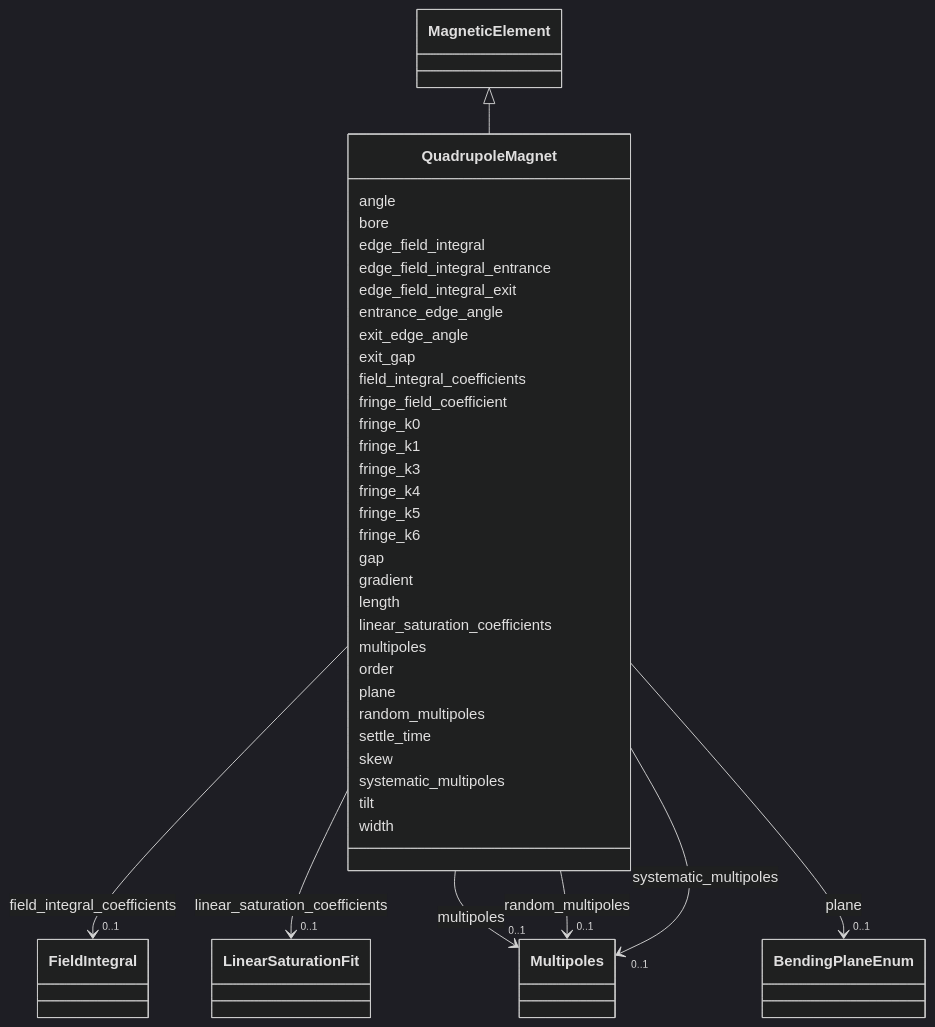
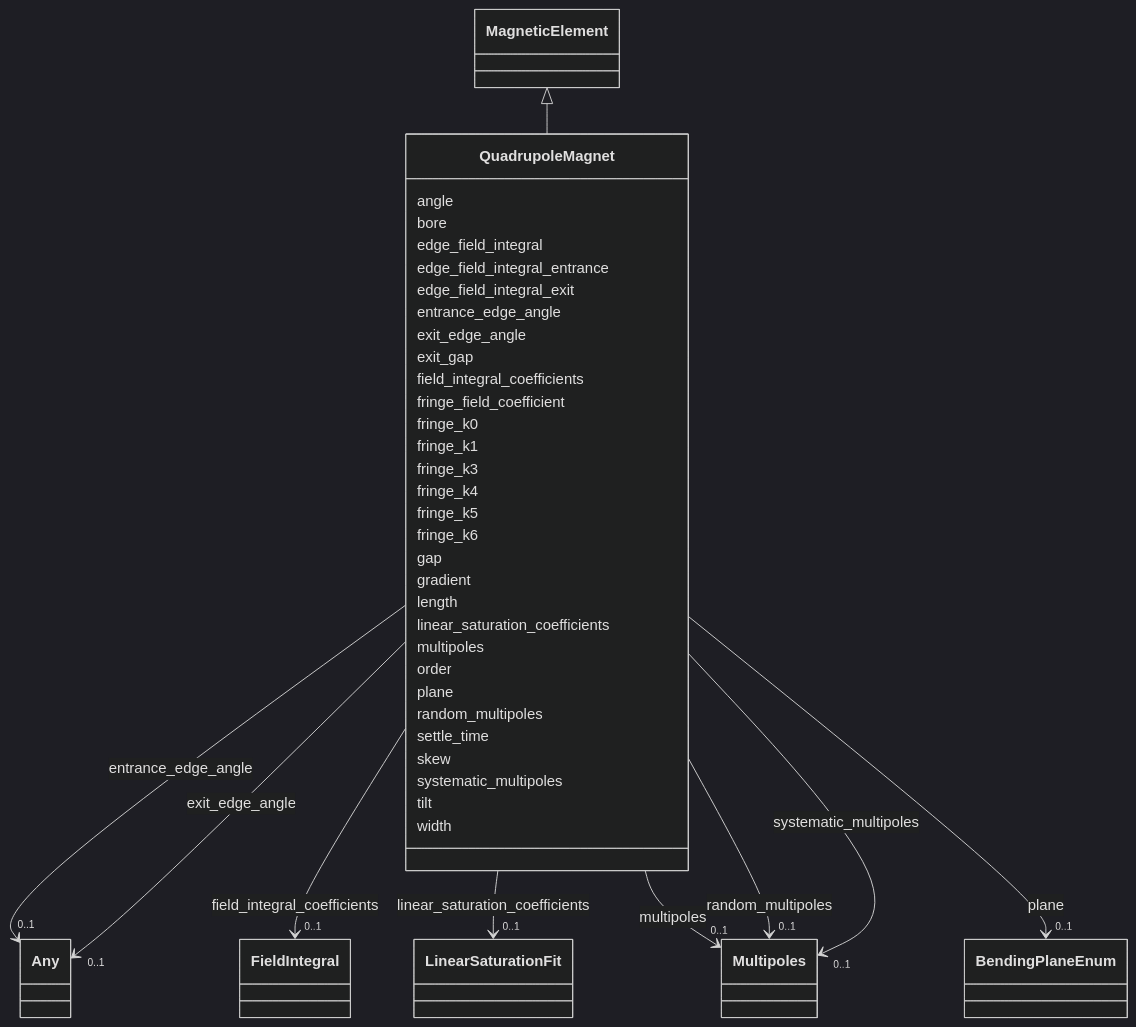
One commit to astec-stfc/laura changed the diagram in docs/source/schema/QuadrupoleMagnet.md. Above: the diagram before and after it, drawn with Mermaid (dark theme). The commit also changed other lines of this file and 101 other files, not shown here.

Commit message:
add Any type to schema since gen-pydantic can't apply a default and this helps to pass validation to multi-types vars; add inlined to elements/sections/layouts

```diff
--- a/docs/source/schema/QuadrupoleMagnet.md
+++ b/docs/source/schema/QuadrupoleMagnet.md
@@ -29,7 +29,25 @@
         
       QuadrupoleMagnet : entrance_edge_angle
         
+          
+    
+        
+        
+        QuadrupoleMagnet --> "0..1" Any : entrance_edge_angle
+        click Any href "../Any/"
+    
+
+        
       QuadrupoleMagnet : exit_edge_angle
+        
+          
+    
+        
+        
+        QuadrupoleMagnet --> "0..1" Any : exit_edge_angle
+        click Any href "../Any/"
+    
+
         
       QuadrupoleMagnet : exit_gap
         
```
